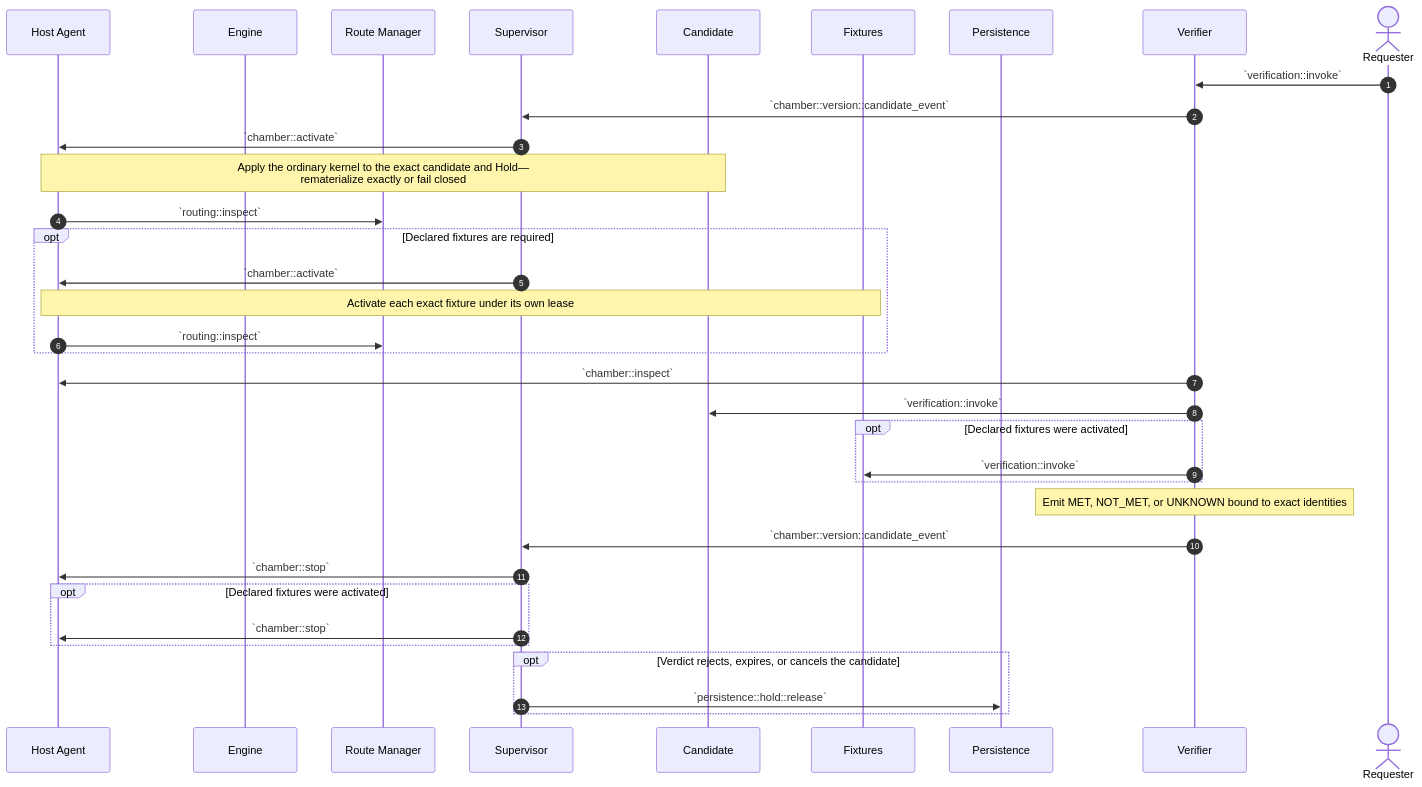
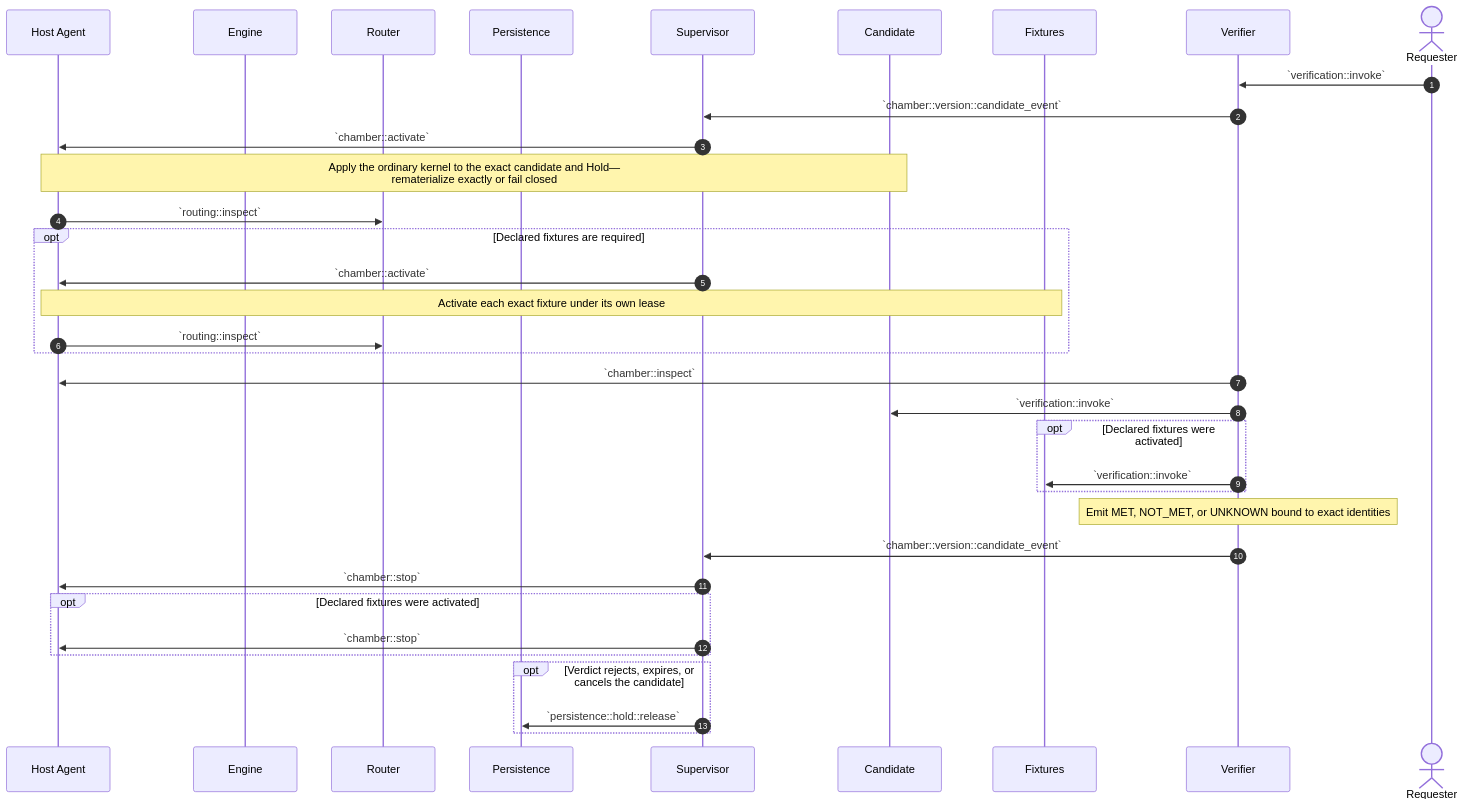
Diagram 11 of 15 in source/chambers-lifecycle-sequences.md (dreamcatcher-tech/chambers-lifecycle-explorer), drawn with Mermaid before and after one commit. The commit also changed other lines of this file and 9 other files, not shown here.

````diff
--- a/source/chambers-lifecycle-sequences.md
+++ b/source/chambers-lifecycle-sequences.md
@@ -1083,41 +1190,41 @@
 ```mermaid
 sequenceDiagram
     autonumber
     participant HostAgent as Host Agent
     participant Engine
-    participant RouteManager as Route Manager
+    participant Router as Router
+    participant Persistence
     participant Supervisor
     participant Candidate
     participant Fixtures
-    participant Persistence
     participant Verifier
     actor Requester
 
     Requester->>Verifier: `verification::invoke`
     Verifier->>Supervisor: `chamber::version::candidate_event`
     Supervisor->>HostAgent: `chamber::activate`
     Note over HostAgent,Candidate: Apply the ordinary kernel to the exact candidate and Hold—<br/>rematerialize exactly or fail closed
-    HostAgent->>RouteManager: `routing::inspect`
+    HostAgent->>Router: `routing::inspect`
 
     opt Declared fixtures are required
         Supervisor->>HostAgent: `chamber::activate`
         Note over HostAgent,Fixtures: Activate each exact fixture under its own lease
-        HostAgent->>RouteManager: `routing::inspect`
+        HostAgent->>Router: `routing::inspect`
     end
 
     Verifier->>HostAgent: `chamber::inspect`
     Verifier->>Candidate: `verification::invoke`
     opt Declared fixtures were activated
         Verifier->>Fixtures: `verification::invoke`
     end
     Note over Verifier: Emit MET, NOT_MET, or UNKNOWN bound to exact identities
     Verifier->>Supervisor: `chamber::version::candidate_event`
 
     Supervisor->>HostAgent: `chamber::stop`
     opt Declared fixtures were activated
         Supervisor->>HostAgent: `chamber::stop`
     end
     opt Verdict rejects, expires, or cancels the candidate
         Supervisor->>Persistence: `persistence::hold::release`
     end
 ```
````
